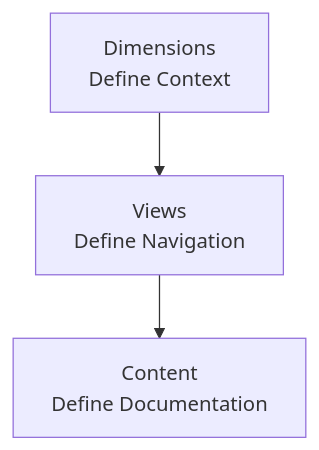
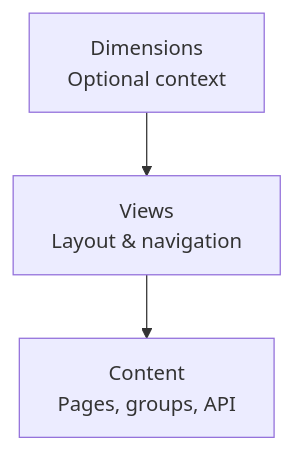
The diagram in organize/overview.mdx (documentation-ai/DocumentationAI-Docs), drawn with Mermaid before and after one commit. The commit also changed other lines of this file, not shown here.

Commit message:
Documentation Updated Through Editor  by Accounts Documentation.AI

````diff
--- a/organize/overview.mdx
+++ b/organize/overview.mdx
@@ -29,5 +29,5 @@
 ```mermaid
 flowchart TB
-  A[Dimensions<br/>Define Context] --> B[Views<br/>Define Navigation]
-  B --> C[Content<br/>Define Documentation]
+  A[Dimensions<br/>Optional context] --> B[Views<br/>Layout & navigation]
+  B --> C[Content<br/>Pages, groups, API]
 ```
````
